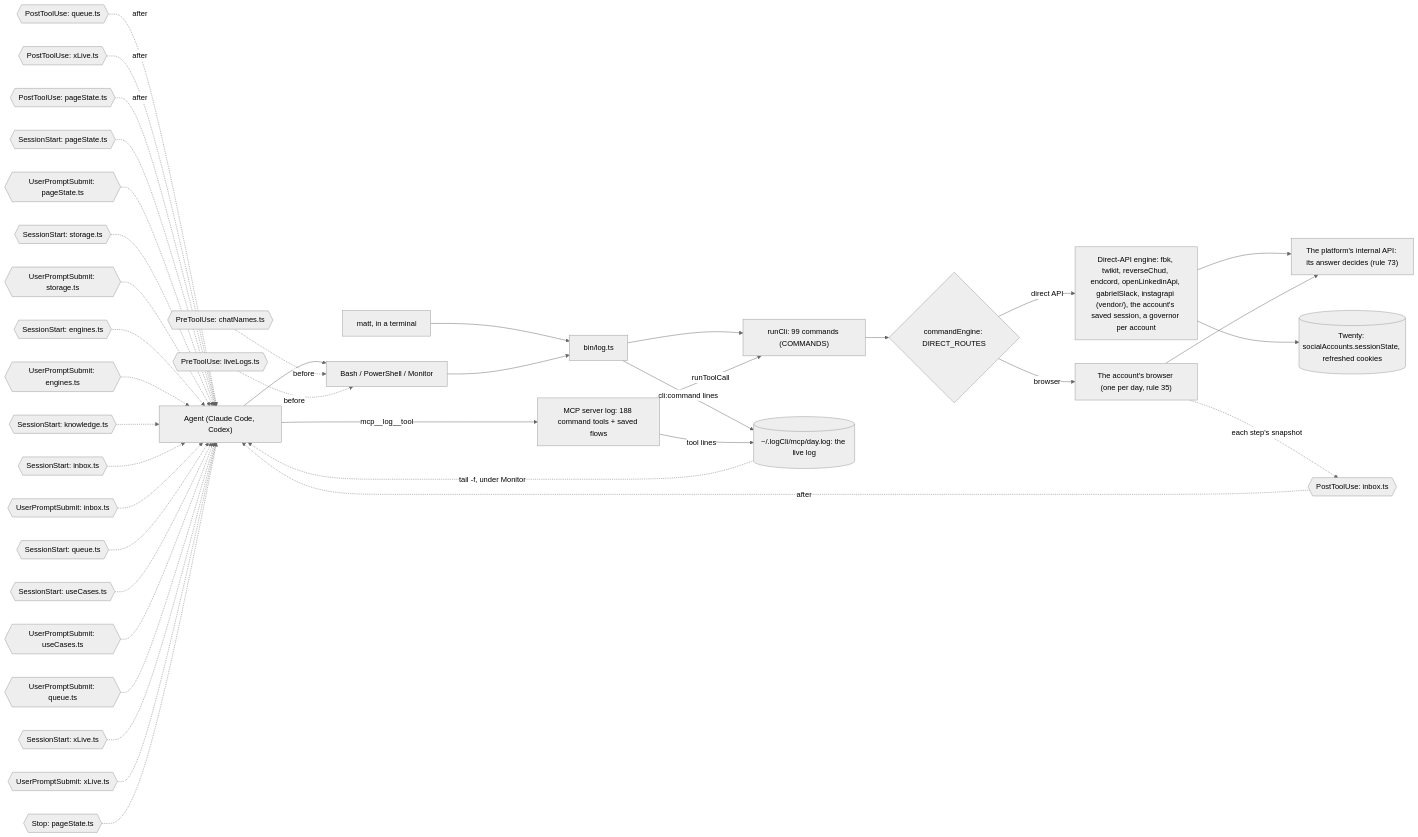
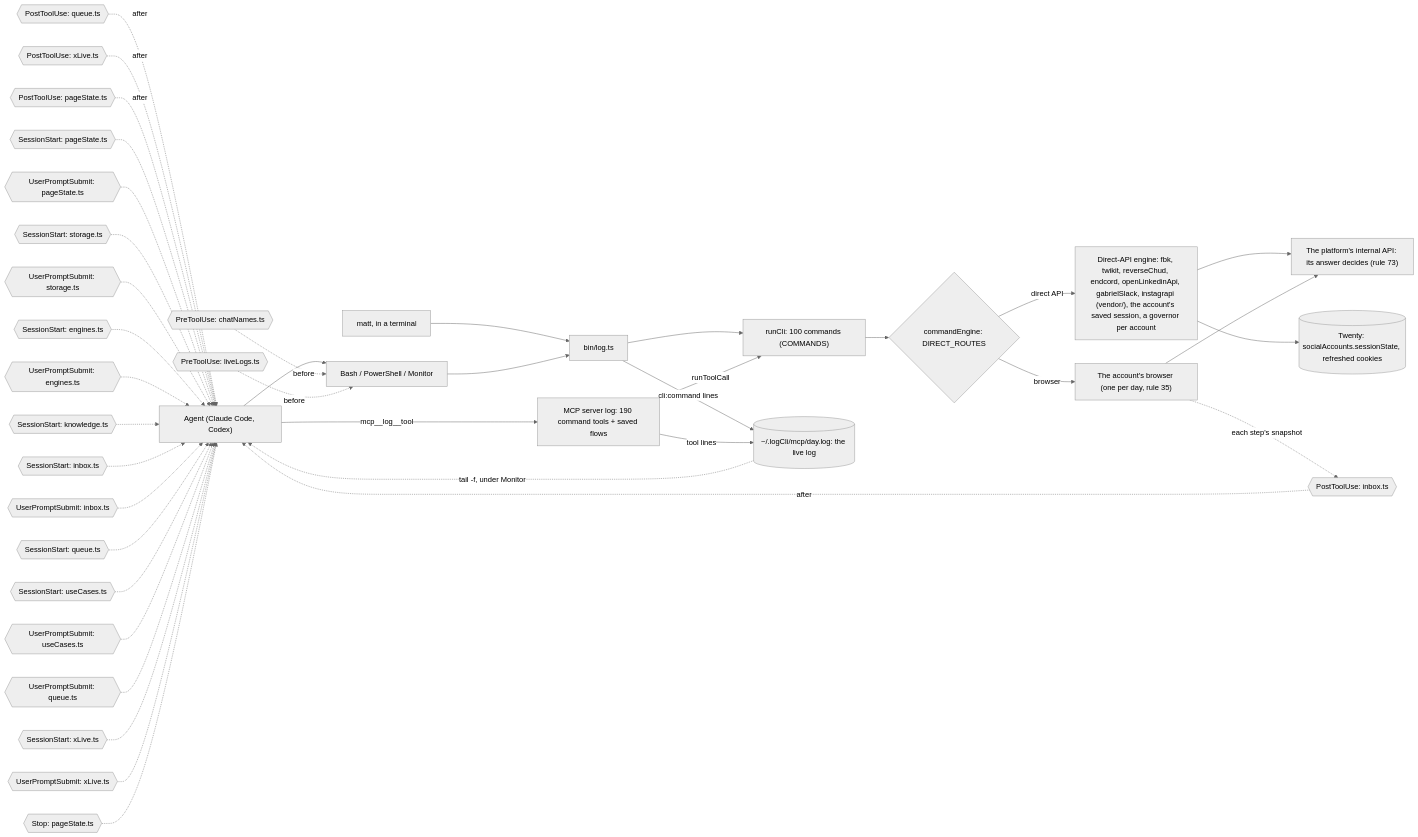
The third of 6 diagrams in docs/reference.md (matthewdonsemail-lab/log), drawn with Mermaid (neutral theme) before and after one commit. The commit also changed other lines of this file and 29 other files, not shown here.

````diff
--- a/docs/reference.md
+++ b/docs/reference.md
@@ -191,53 +191,53 @@
 ```mermaid
 flowchart LR
   agent["Agent (Claude Code, Codex)"]
   matt["matt, in a terminal"]
   shell["Bash / PowerShell / Monitor"]
-  mcp["MCP server log: 188 command tools + saved flows"]
+  mcp["MCP server log: 190 command tools + saved flows"]
   bin["bin/log.ts"]
-  runCli["runCli: 99 commands (COMMANDS)"]
+  runCli["runCli: 100 commands (COMMANDS)"]
   live[("~/.logCli/mcp/day.log: the live log")]
   engine{"commandEngine: DIRECT_ROUTES"}
   direct["Direct-API engine: fbk, twikit, reverseChud, endcord, openLinkedinApi, gabrielSlack, instagrapi (vendor/), the account's saved session, a governor per account"]
   browser["The account's browser (one per day, rule 35)"]
   api["The platform's internal API: its answer decides (rule 73)"]
   twenty[("Twenty: socialAccounts.sessionState, refreshed cookies")]
   agent --> shell
   matt --> bin
   shell --> bin
   agent -->|mcp__log__tool| mcp
   bin --> runCli
   mcp -->|runToolCall| runCli
   runCli --> engine
   engine -->|direct API| direct
   engine -->|browser| browser
   direct --> api
   browser --> api
   direct --> twenty
   bin -->|cli:command lines| live
   mcp -->|tool lines| live
   live -.->|tail -f, under Monitor| agent
   pre0{{"PreToolUse: chatNames.ts"}} -.->|before| shell
   pre1{{"PreToolUse: liveLogs.ts"}} -.->|before| shell
   post0{{"PostToolUse: inbox.ts"}} -.->|after| agent
   post1{{"PostToolUse: queue.ts"}} -.->|after| agent
   post2{{"PostToolUse: xLive.ts"}} -.->|after| agent
   post3{{"PostToolUse: pageState.ts"}} -.->|after| agent
   turn0{{"SessionStart: pageState.ts"}} -.-> agent
   turn1{{"UserPromptSubmit: pageState.ts"}} -.-> agent
   turn2{{"SessionStart: storage.ts"}} -.-> agent
   turn3{{"UserPromptSubmit: storage.ts"}} -.-> agent
   turn4{{"SessionStart: engines.ts"}} -.-> agent
   turn5{{"UserPromptSubmit: engines.ts"}} -.-> agent
   turn6{{"SessionStart: knowledge.ts"}} -.-> agent
   turn7{{"SessionStart: inbox.ts"}} -.-> agent
   turn8{{"UserPromptSubmit: inbox.ts"}} -.-> agent
   turn9{{"SessionStart: queue.ts"}} -.-> agent
   turn10{{"SessionStart: useCases.ts"}} -.-> agent
   turn11{{"UserPromptSubmit: useCases.ts"}} -.-> agent
   turn12{{"UserPromptSubmit: queue.ts"}} -.-> agent
   turn13{{"SessionStart: xLive.ts"}} -.-> agent
   turn14{{"UserPromptSubmit: xLive.ts"}} -.-> agent
   turn15{{"Stop: pageState.ts"}} -.-> agent
   browser -.->|each step's snapshot| post0
 ```
````
